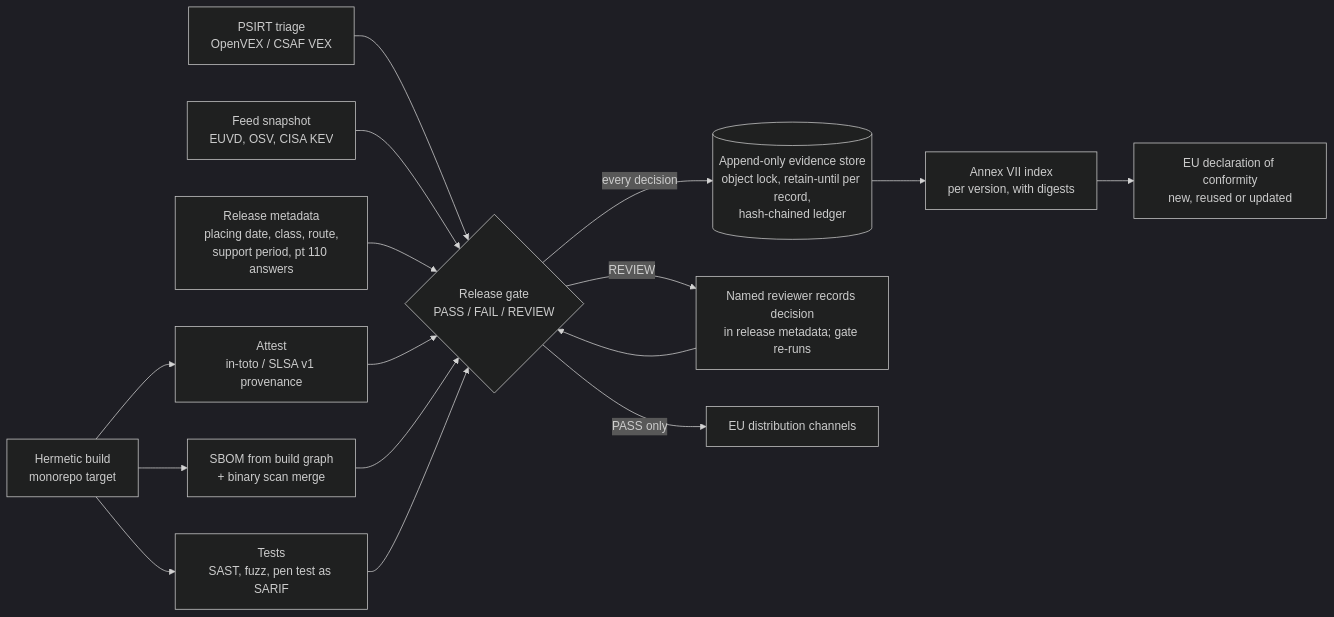
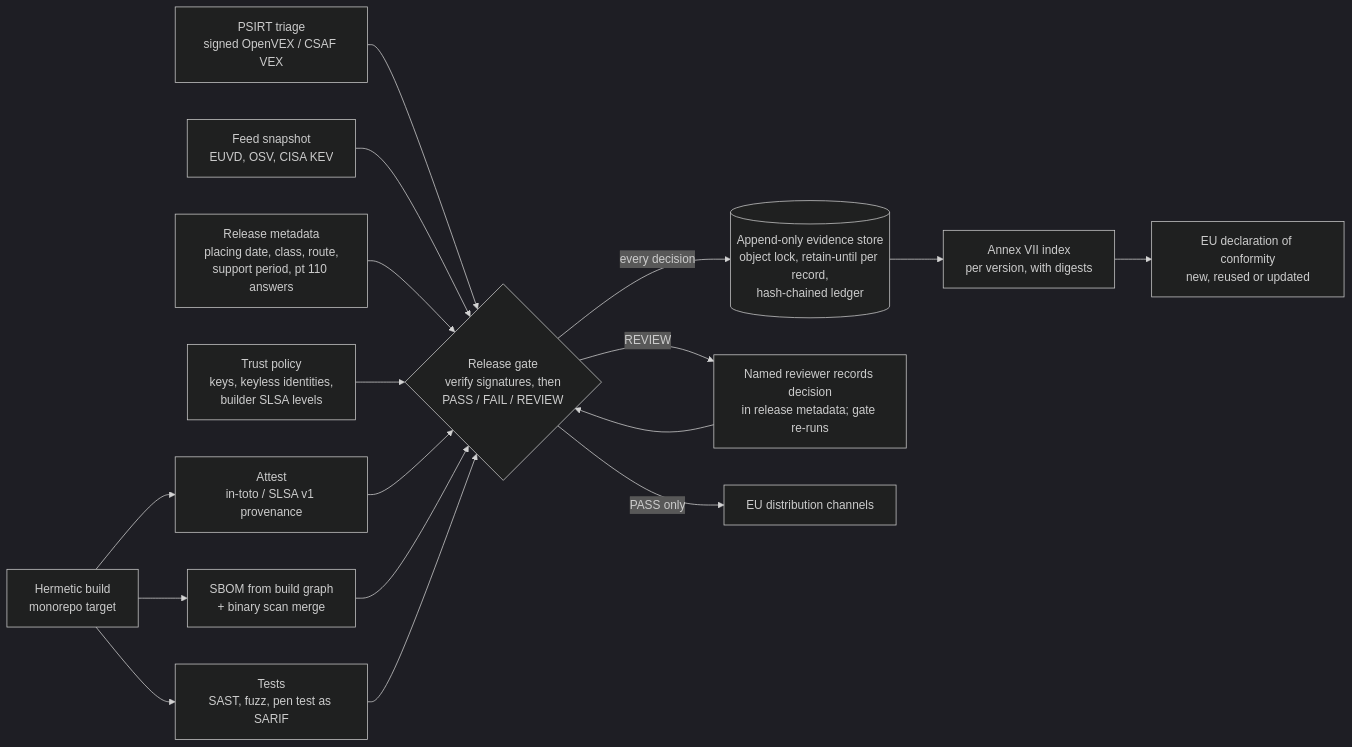
The diagram in pack/enterprise/evidence-as-code/paper.md (smerphy/CRA-Consulting-Pack), drawn with Mermaid (dark theme) before and after one commit. The commit also changed other lines of this file and 43 other files, not shown here.

First line of the commit message:
Enterprise E1 hardened: DSSE/in-toto and Sigstore verification, trust policy, real npm artefact verified, 10k-version benchmark, route check from 11 Dec 2027; 114 tests

````diff
--- a/pack/enterprise/evidence-as-code/paper.md
+++ b/pack/enterprise/evidence-as-code/paper.md
@@ -21,18 +21,19 @@
 ```mermaid
 flowchart LR
   A[Hermetic build<br/>monorepo target] --> B[Attest<br/>in-toto / SLSA v1 provenance]
   A --> C[SBOM from build graph<br/>+ binary scan merge]
   A --> T[Tests<br/>SAST, fuzz, pen test as SARIF]
-  P[PSIRT triage<br/>OpenVEX / CSAF VEX] --> G
+  P[PSIRT triage<br/>signed OpenVEX / CSAF VEX] --> G
   F[Feed snapshot<br/>EUVD, OSV, CISA KEV] --> G
   M[Release metadata<br/>placing date, class, route,<br/>support period, pt 110 answers] --> G
-  B --> G{Release gate<br/>PASS / FAIL / REVIEW}
+  K[Trust policy<br/>keys, keyless identities,<br/>builder SLSA levels] --> G
+  B --> G{Release gate<br/>verify signatures, then<br/>PASS / FAIL / REVIEW}
   C --> G
   T --> G
   G -- every decision --> S[(Append-only evidence store<br/>object lock, retain-until per record,<br/>hash-chained ledger)]
   G -- REVIEW --> H["Named reviewer records decision<br/>in release metadata; gate re-runs"]
   H --> G
   S --> I[Annex VII index<br/>per version, with digests]
   I --> D[EU declaration of conformity<br/>new, reused or updated]
   G -- PASS only --> R[EU distribution channels]
 ```
````
